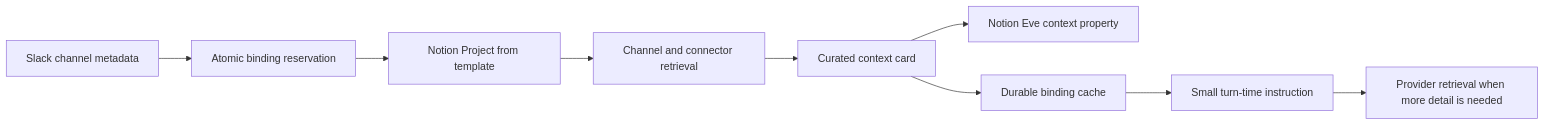
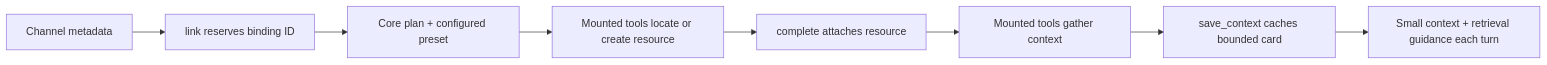
One commit to ewhauser/eve-extensions changed the diagram in packages/eve-project-link/README.md. Above: the diagram before and after it, drawn with Mermaid. The commit also changed other lines of this file and 23 other files, not shown here.

Commit message:
refactor(eve-project-link): introduce project presets

````diff
--- a/packages/eve-project-link/README.md
+++ b/packages/eve-project-link/README.md
@@ -134,11 +112,10 @@
 ```mermaid
 flowchart LR
-  A["Slack channel metadata"] --> B["Atomic binding reservation"]
-  B --> C["Notion Project from template"]
-  C --> D["Channel and connector retrieval"]
-  D --> E["Curated context card"]
-  E --> F["Notion Eve context property"]
-  E --> G["Durable binding cache"]
-  G --> H["Small turn-time instruction"]
-  H --> I["Provider retrieval when more detail is needed"]
+  A["Channel metadata"] --> B["link reserves binding ID"]
+  B --> C["Core plan + configured preset"]
+  C --> D["Mounted tools locate or create resource"]
+  D --> E["complete attaches resource"]
+  E --> F["Mounted tools gather context"]
+  F --> G["save_context caches bounded card"]
+  G --> H["Small context + retrieval guidance each turn"]
 ```
````
